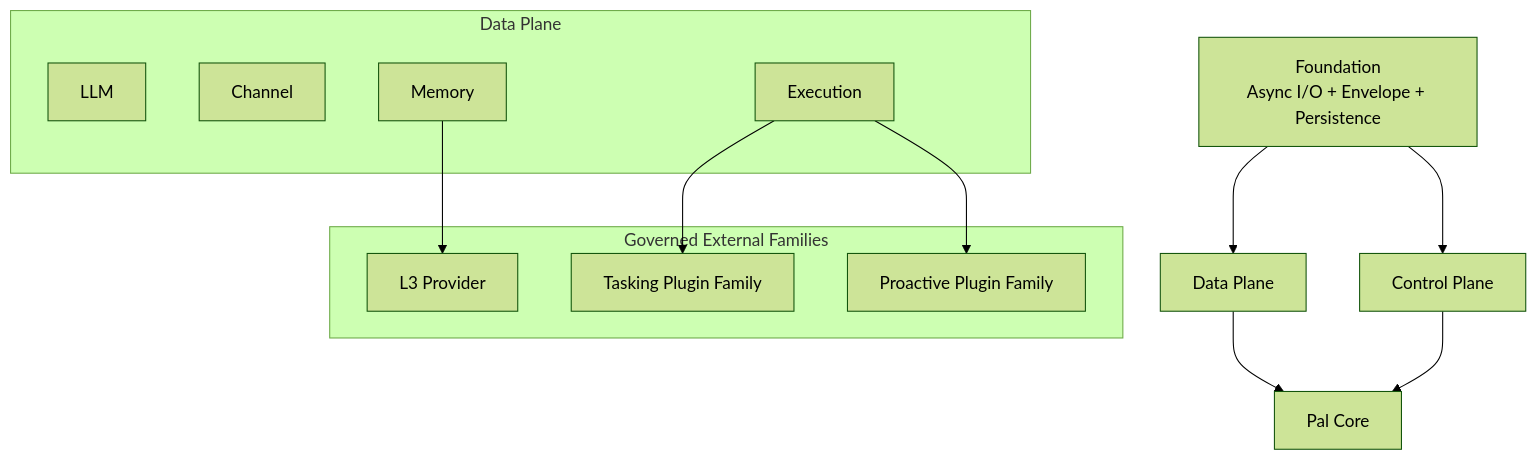
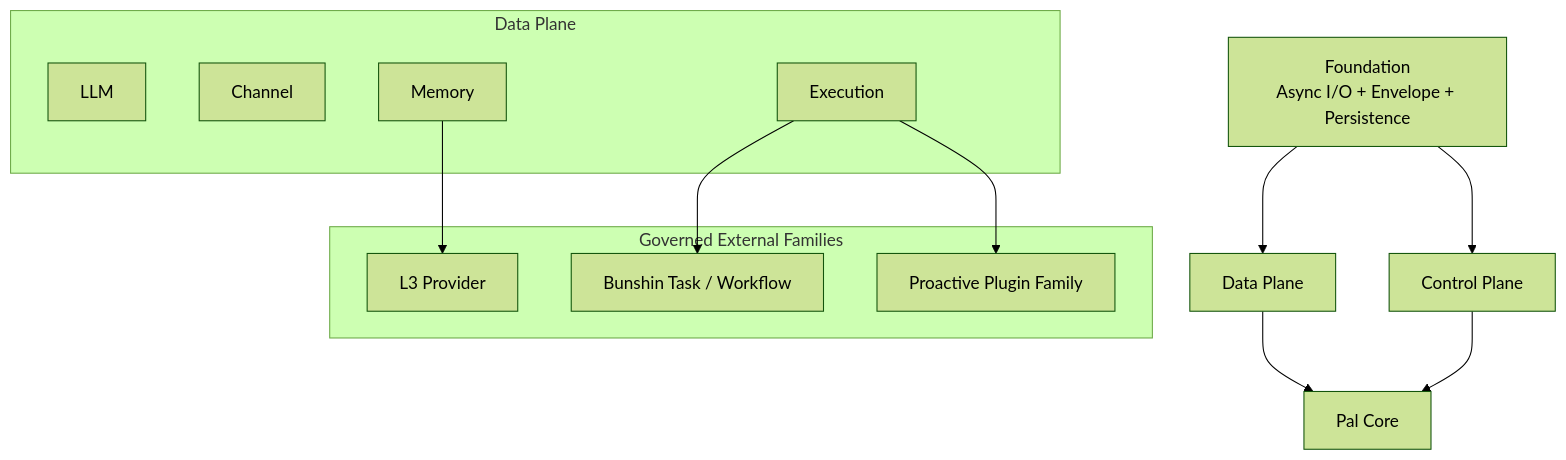
The first of 2 diagrams in docs/pal_architecture_v1.md (OtakuNathan/Pal), drawn with Mermaid (forest theme) before and after one commit. The commit also changed other lines of this file and 64 other files, not shown here.

````diff
--- a/docs/pal_architecture_v1.md
+++ b/docs/pal_architecture_v1.md
@@ -23,29 +22,29 @@
 ```mermaid
 flowchart TD
     F["Foundation\nAsync I/O + Envelope + Persistence"]
     DP["Data Plane"]
     CP["Control Plane"]
     CORE["Pal Core"]
 
     F --> DP
     F --> CP
     DP --> CORE
     CP --> CORE
 
     subgraph DATA["Data Plane"]
         LLM["LLM"]
         CH["Channel"]
         MEM["Memory"]
         EX["Execution"]
     end
 
     subgraph EXT["Governed External Families"]
         L3["L3 Provider"]
-        TASK["Tasking Plugin Family"]
+        TASK["Bunshin Task / Workflow"]
         PRO["Proactive Plugin Family"]
     end
 
     MEM --> L3
     EX --> TASK
     EX --> PRO
 ```
````
